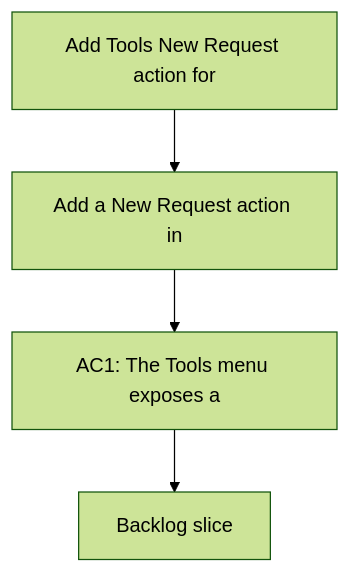
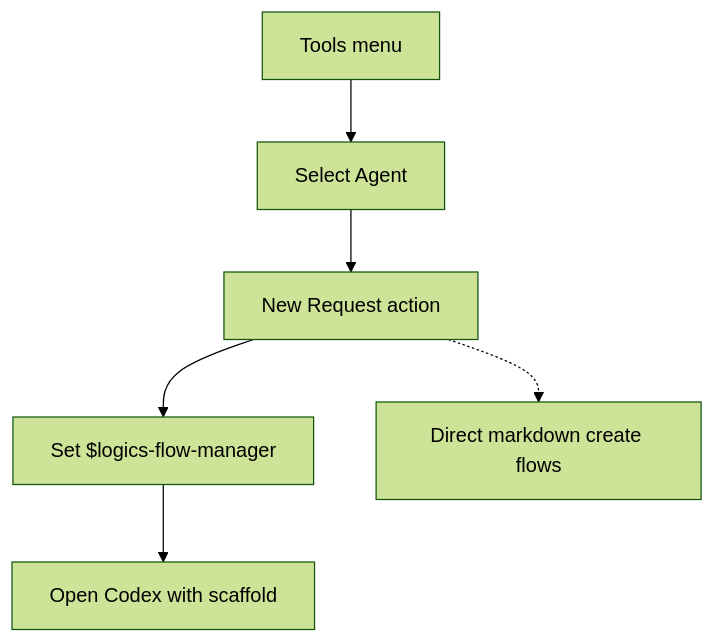
Before and after one commit to AlexAgo83/logics-manager: the diagram in logics/request/req_020_add_tools_new_request_action_for_codex_prompt_bootstrap.md, drawn with Mermaid (forest theme). The commit also changed other lines of this file and 54 other files, not shown here.

````diff
--- a/logics/request/req_020_add_tools_new_request_action_for_codex_prompt_bootstrap.md
+++ b/logics/request/req_020_add_tools_new_request_action_for_codex_prompt_bootstrap.md
@@ -39,8 +39,10 @@
 ```mermaid
 %% logics-kind: request
 %% logics-signature: request|add-tools-new-request-action-for-codex-p|add-a-new-request-action-in|ac1-the-tools-menu-exposes-a
 flowchart TD
-    Trigger[Add Tools New Request action for] --> Need[Add a New Request action in]
-    Need --> Outcome[AC1: The Tools menu exposes a]
-    Outcome --> Backlog[Backlog slice]
+    Tools[Tools menu] --> SelectAgent[Select Agent]
+    SelectAgent --> NewRequest[New Request action]
+    NewRequest --> SetAgent[Set $logics-flow-manager]
+    SetAgent --> OpenCodex[Open Codex with scaffold]
+    NewRequest -.-> DirectCreate[Direct markdown create flows]
 ```
````
